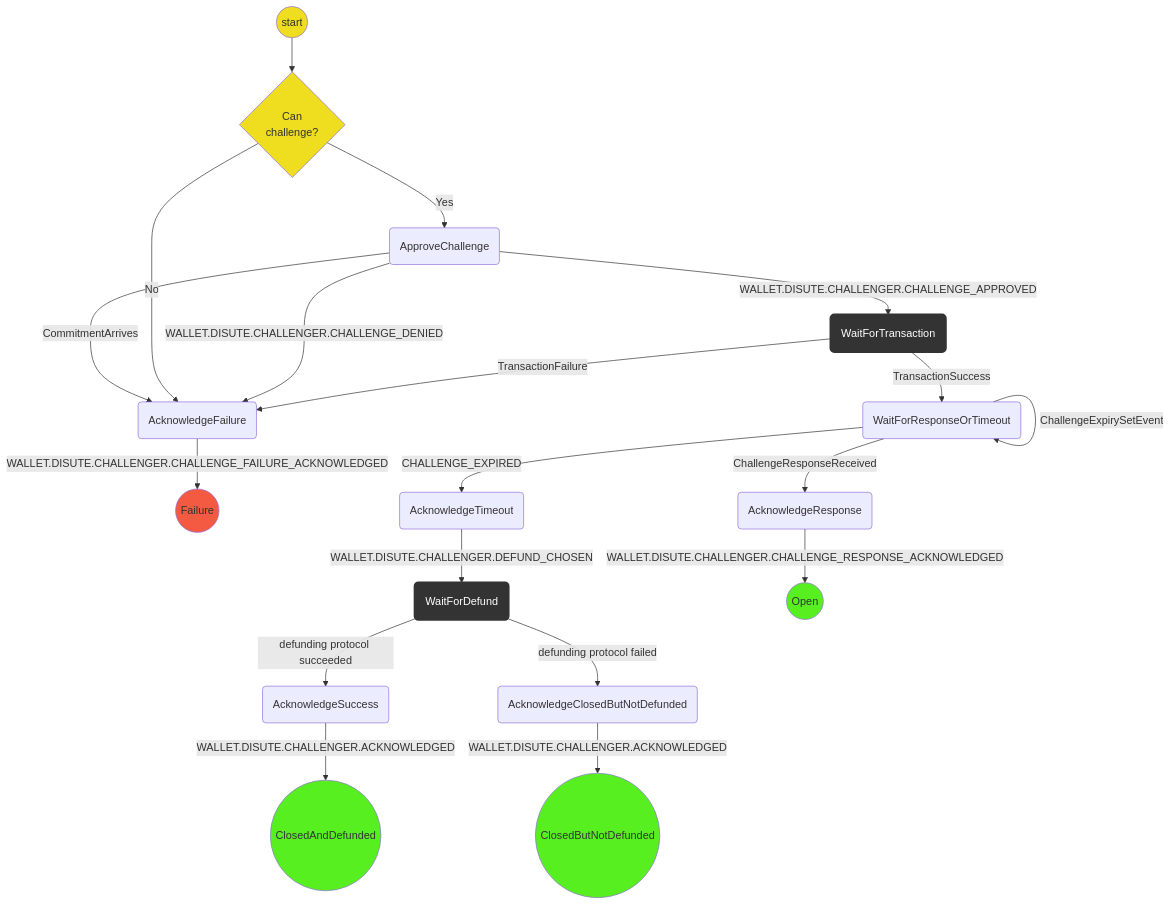
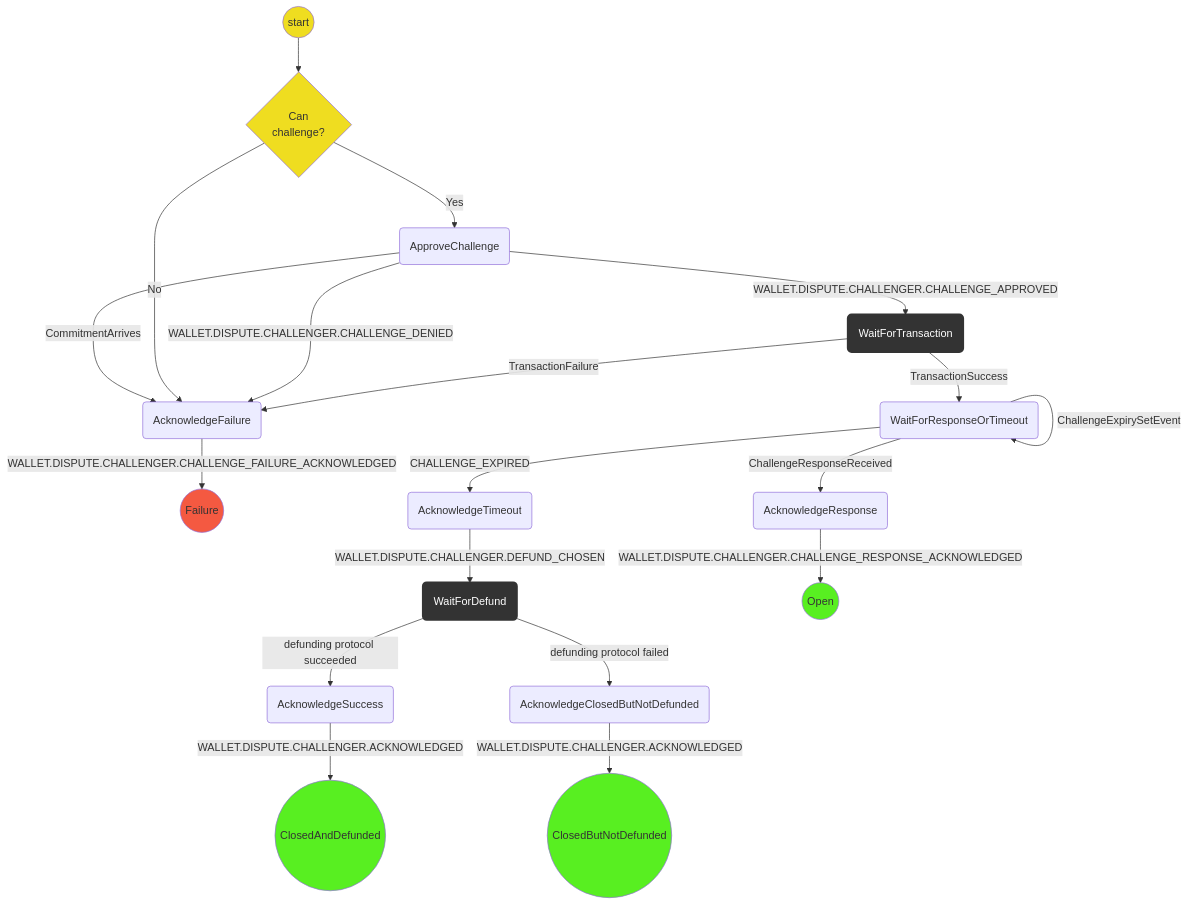
One commit to magmo/apps changed the diagram in packages/wallet/src/redux/protocols/dispute/challenger/readme.md. Above: the diagram before and after it, drawn with Mermaid. The commit also changed 6 other files, not shown here.

````diff
--- a/packages/wallet/src/redux/protocols/dispute/challenger/readme.md
+++ b/packages/wallet/src/redux/protocols/dispute/challenger/readme.md
@@ -21,30 +21,30 @@
 ```mermaid
 graph TD
 linkStyle default interpolate basis
   S((start)) --> CE{Can<br/>challenge?}
   CE --> |Yes| WFA(ApproveChallenge)
   WFA --> |CommitmentArrives| AF
-  WFA --> |WALLET.DISUTE.CHALLENGER.CHALLENGE_APPROVED| WFT(WaitForTransaction)
+  WFA --> |WALLET.DISPUTE.CHALLENGER.CHALLENGE_APPROVED| WFT(WaitForTransaction)
   CE --> |No| AF
-  WFA --> |WALLET.DISUTE.CHALLENGER.CHALLENGE_DENIED| AF(AcknowledgeFailure)
-  AF --> |WALLET.DISUTE.CHALLENGER.CHALLENGE_FAILURE_ACKNOWLEDGED| F((Failure))
+  WFA --> |WALLET.DISPUTE.CHALLENGER.CHALLENGE_DENIED| AF(AcknowledgeFailure)
+  AF --> |WALLET.DISPUTE.CHALLENGER.CHALLENGE_FAILURE_ACKNOWLEDGED| F((Failure))
   WFT --> |TransactionSuccess| WFRT(WaitForResponseOrTimeout)
   WFT --> |TransactionFailure| AF
   WFRT --> |CHALLENGE_EXPIRED| AT(AcknowledgeTimeout)
   WFRT -->|ChallengeExpirySetEvent| WFRT
-  AT --> |WALLET.DISUTE.CHALLENGER.DEFUND_CHOSEN| D(WaitForDefund)
+  AT --> |WALLET.DISPUTE.CHALLENGER.DEFUND_CHOSEN| D(WaitForDefund)
   D   --> |defunding protocol succeeded| AS(AcknowledgeSuccess)
   D   --> |defunding protocol failed| ACBND(AcknowledgeClosedButNotDefunded)
-  ACBND -->|WALLET.DISUTE.CHALLENGER.ACKNOWLEDGED| SCBND((ClosedButNotDefunded))
-  AS -->|WALLET.DISUTE.CHALLENGER.ACKNOWLEDGED| SCD((ClosedAndDefunded))
+  ACBND -->|WALLET.DISPUTE.CHALLENGER.ACKNOWLEDGED| SCBND((ClosedButNotDefunded))
+  AS -->|WALLET.DISPUTE.CHALLENGER.ACKNOWLEDGED| SCD((ClosedAndDefunded))
   WFRT --> |ChallengeResponseReceived| AR(AcknowledgeResponse)
-  AR --> |WALLET.DISUTE.CHALLENGER.CHALLENGE_RESPONSE_ACKNOWLEDGED| SP((Open))
+  AR --> |WALLET.DISPUTE.CHALLENGER.CHALLENGE_RESPONSE_ACKNOWLEDGED| SP((Open))
   classDef logic fill:#efdd20;
   classDef Success fill:#58ef21;
   classDef Failure fill:#f45941;
   classDef WaitForChildProtocol stroke:#333,stroke-width:4px,color:#ffff,fill:#333;
   class S,CE logic;
   class SP,SCD,SCBND Success;
   class F Failure;
   class WFT,D WaitForChildProtocol;
 ```
````
